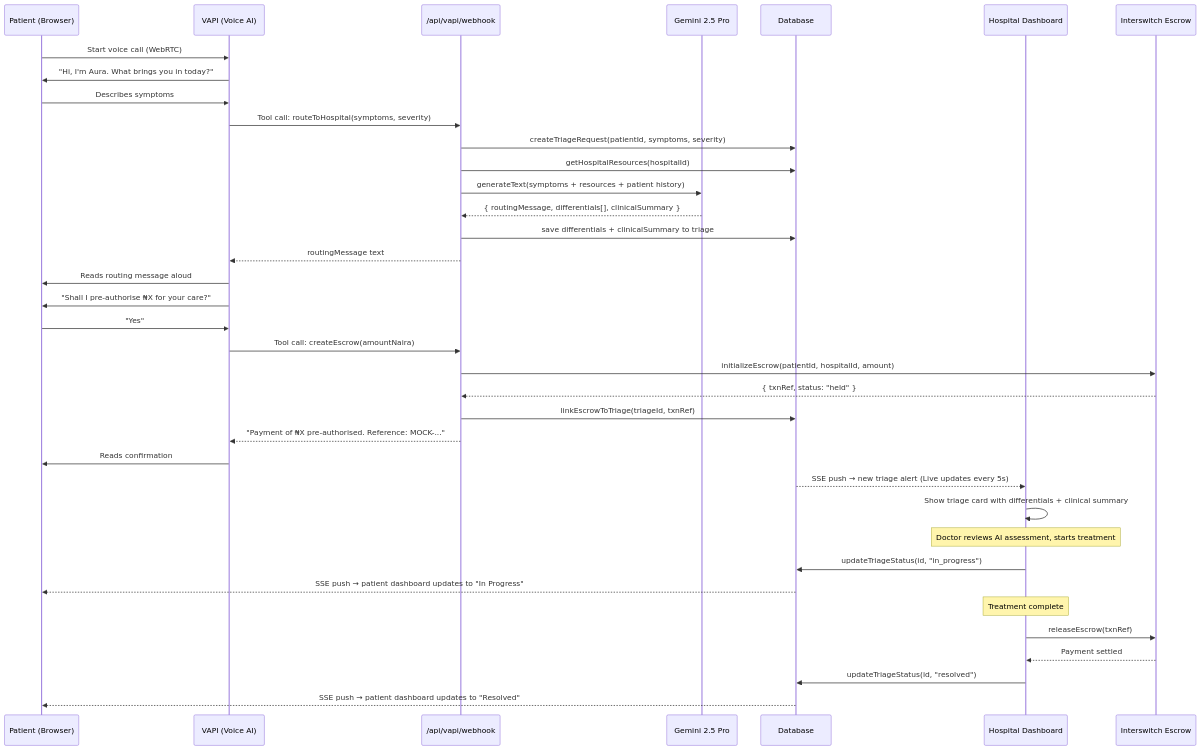
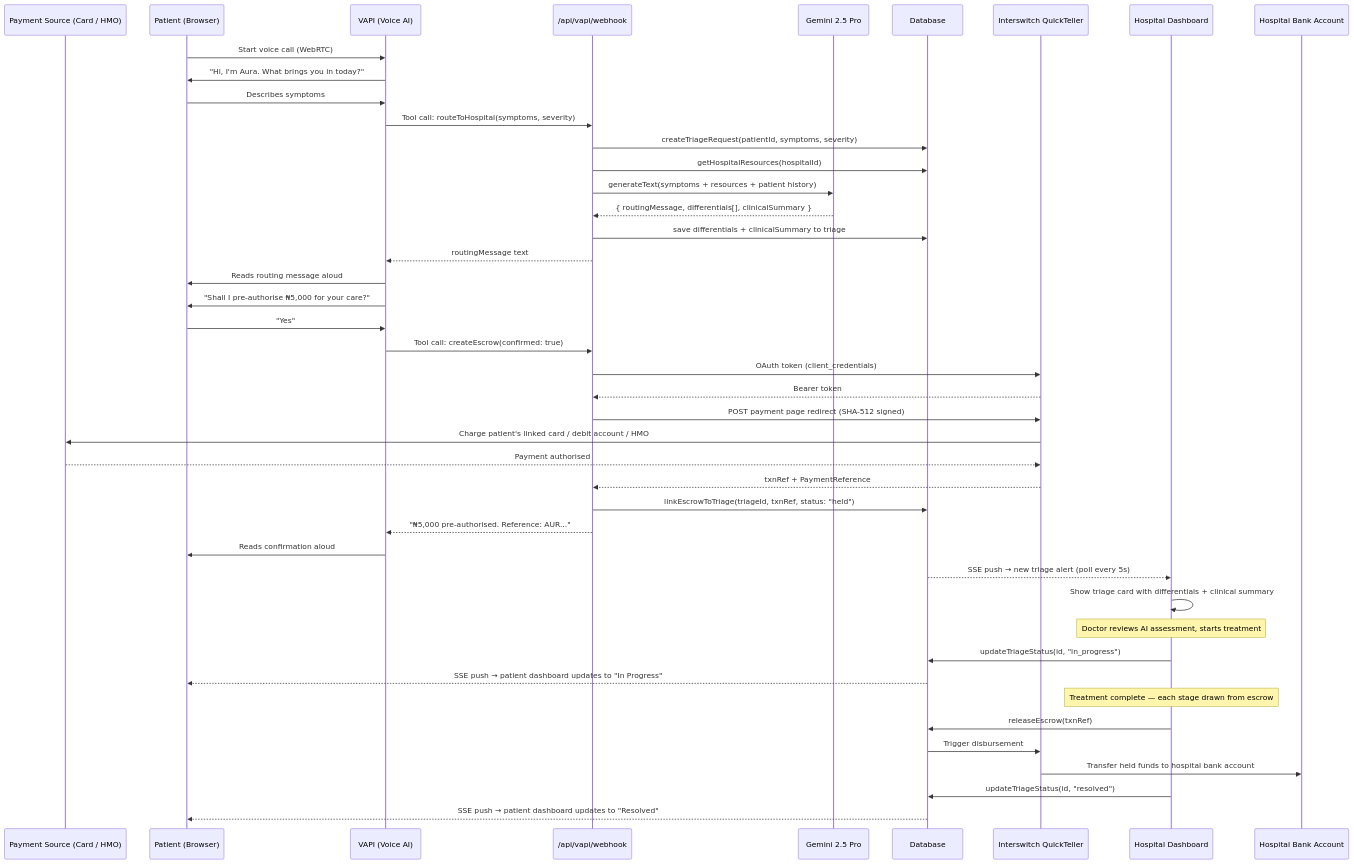
Before and after one commit to hallelx2/enyata-project: the diagram in README.md, drawn with Mermaid. The commit also changed other lines of this file and 1 other file, not shown here.

First line of the commit message:
feat: Wire real Interswitch payment redirect and lead README with Interswitch APIs

````diff
--- a/README.md
+++ b/README.md
@@ -69,40 +125,47 @@
 ```mermaid
 sequenceDiagram
+    participant PS as Payment Source (Card / HMO)
     participant P as Patient (Browser)
     participant V as VAPI (Voice AI)
     participant W as /api/vapi/webhook
     participant G as Gemini 2.5 Pro
     participant DB as Database
+    participant I as Interswitch QuickTeller
     participant H as Hospital Dashboard
-    participant I as Interswitch Escrow
+    participant HB as Hospital Bank Account
 
     P->>V: Start voice call (WebRTC)
     V->>P: "Hi, I'm Aura. What brings you in today?"
     P->>V: Describes symptoms
     V->>W: Tool call: routeToHospital(symptoms, severity)
     W->>DB: createTriageRequest(patientId, symptoms, severity)
     W->>DB: getHospitalResources(hospitalId)
     W->>G: generateText(symptoms + resources + patient history)
     G-->>W: { routingMessage, differentials[], clinicalSummary }
     W->>DB: save differentials + clinicalSummary to triage
     W-->>V: routingMessage text
     V->>P: Reads routing message aloud
-    V->>P: "Shall I pre-authorise ₦X for your care?"
+    V->>P: "Shall I pre-authorise ₦5,000 for your care?"
     P->>V: "Yes"
-    V->>W: Tool call: createEscrow(amountNaira)
-    W->>I: initializeEscrow(patientId, hospitalId, amount)
-    I-->>W: { txnRef, status: "held" }
-    W->>DB: linkEscrowToTriage(triageId, txnRef)
-    W-->>V: "Payment of ₦X pre-authorised. Reference: MOCK-..."
-    V->>P: Reads confirmation
-    DB-->>H: SSE push → new triage alert (Live updates every 5s)
+    V->>W: Tool call: createEscrow(confirmed: true)
+    W->>I: OAuth token (client_credentials)
+    I-->>W: Bearer token
+    W->>I: POST payment page redirect (SHA-512 signed)
+    I->>PS: Charge patient's linked card / debit account / HMO
+    PS-->>I: Payment authorised
+    I-->>W: txnRef + PaymentReference
+    W->>DB: linkEscrowToTriage(triageId, txnRef, status: "held")
+    W-->>V: "₦5,000 pre-authorised. Reference: AUR..."
+    V->>P: Reads confirmation aloud
+    DB-->>H: SSE push → new triage alert (poll every 5s)
     H->>H: Show triage card with differentials + clinical summary
     Note over H: Doctor reviews AI assessment, starts treatment
     H->>DB: updateTriageStatus(id, "in_progress")
     DB-->>P: SSE push → patient dashboard updates to "In Progress"
-    Note over H: Treatment complete
-    H->>I: releaseEscrow(txnRef)
-    I-->>H: Payment settled
+    Note over H: Treatment complete — each stage drawn from escrow
+    H->>DB: releaseEscrow(txnRef)
+    DB->>I: Trigger disbursement
+    I->>HB: Transfer held funds to hospital bank account
     H->>DB: updateTriageStatus(id, "resolved")
     DB-->>P: SSE push → patient dashboard updates to "Resolved"
 ```
````
